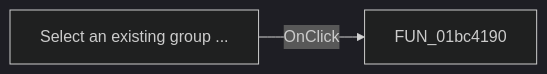
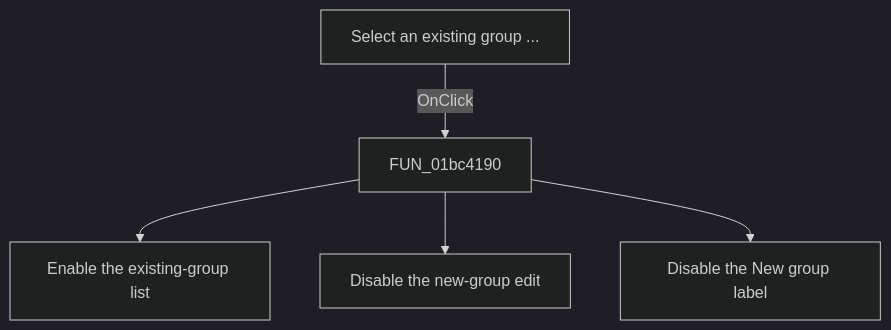
The diagram in docs/ui-controls/frmpcbonlycompwizard/rboldgroup-0f06eb809c.md (MovGP0/TIARA), drawn with Mermaid (dark theme) before and after one commit. The commit also changed other lines of this file and 387 other files, not shown here.

````diff
--- a/docs/ui-controls/frmpcbonlycompwizard/rboldgroup-0f06eb809c.md
+++ b/docs/ui-controls/frmpcbonlycompwizard/rboldgroup-0f06eb809c.md
@@ -27,4 +35,7 @@
 ```mermaid
-flowchart LR
+flowchart TD
     control["Select an existing group ..."] -->|OnClick| handler["FUN_01bc4190"]
+    handler --> list["Enable the existing-group list"]
+    handler --> edit["Disable the new-group edit"]
+    handler --> label["Disable the New group label"]
 ```
````
